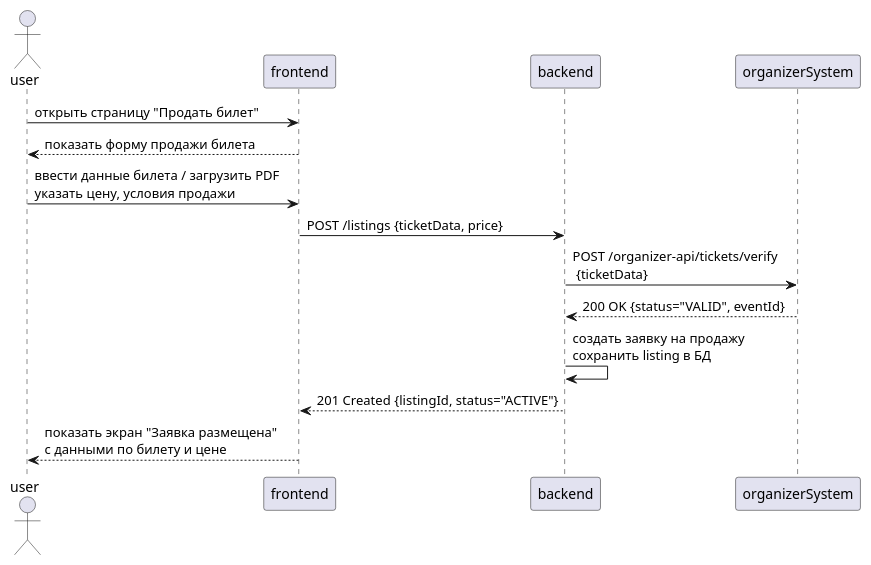
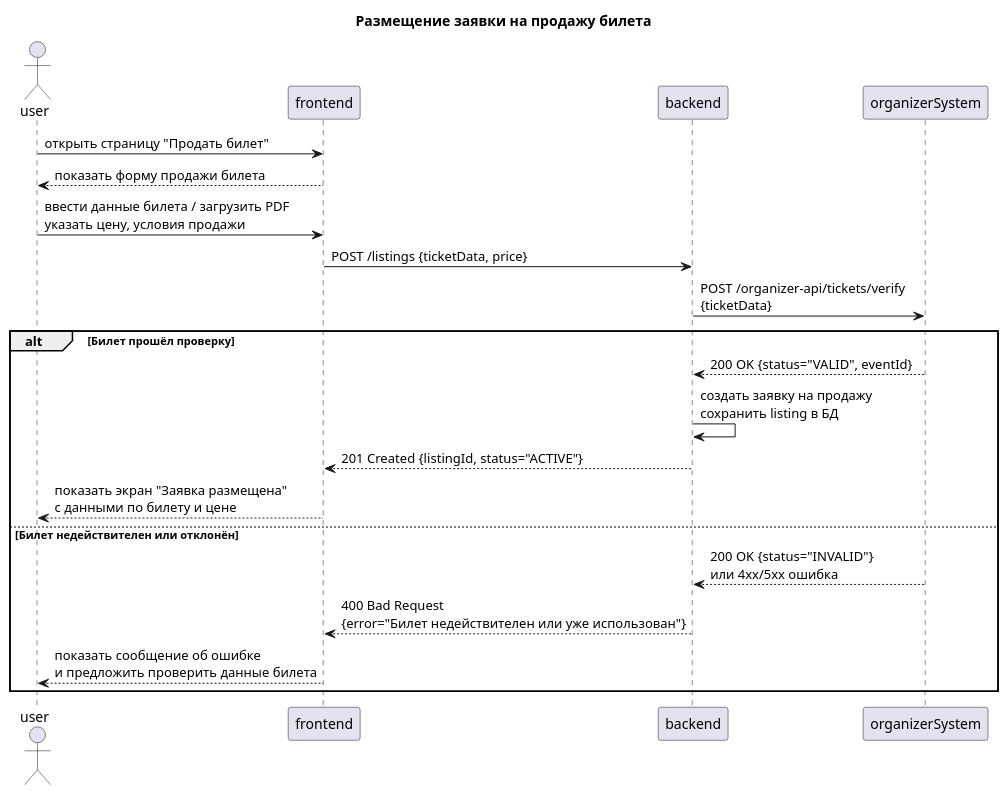
The diagram in plantUML diags/add_listing.wsd (mr-yragan/TicketSwapBackend), drawn with PlantUML before and after one commit. The commit also changed 6 other files, not shown here.

Commit message:
updated sequence-diagramms

```diff
--- a/plantUML diags/add_listing.wsd
+++ b/plantUML diags/add_listing.wsd
@@ -1,18 +1,26 @@
 @startuml
+title Размещение заявки на продажу билета
 
 actor user
 participant frontend
 participant backend
 participant organizerSystem
 
 user -> frontend: открыть страницу "Продать билет"
 frontend --> user: показать форму продажи билета
 user -> frontend: ввести данные билета / загрузить PDF \nуказать цену, условия продажи
 frontend -> backend: POST /listings {ticketData, price}
-backend -> organizerSystem: POST /organizer-api/tickets/verify \n {ticketData}
-organizerSystem --> backend: 200 OK {status="VALID", eventId}
-backend -> backend: создать заявку на продажу \nсохранить listing в БД
-backend --> frontend: 201 Created {listingId, status="ACTIVE"}
-frontend --> user: показать экран "Заявка размещена" \nс данными по билету и цене
+backend -> organizerSystem: POST /organizer-api/tickets/verify \n{ticketData}
+
+alt Билет прошёл проверку
+    organizerSystem --> backend: 200 OK {status="VALID", eventId}
+    backend -> backend: создать заявку на продажу \nсохранить listing в БД
+    backend --> frontend: 201 Created {listingId, status="ACTIVE"}
+    frontend --> user: показать экран "Заявка размещена" \nс данными по билету и цене
+else Билет недействителен или отклонён
+    organizerSystem --> backend: 200 OK {status="INVALID"} \nили 4xx/5xx ошибка
+    backend --> frontend: 400 Bad Request \n{error="Билет недействителен или уже использован"}
+    frontend --> user: показать сообщение об ошибке \nи предложить проверить данные билета
+end
 
 @enduml
```
